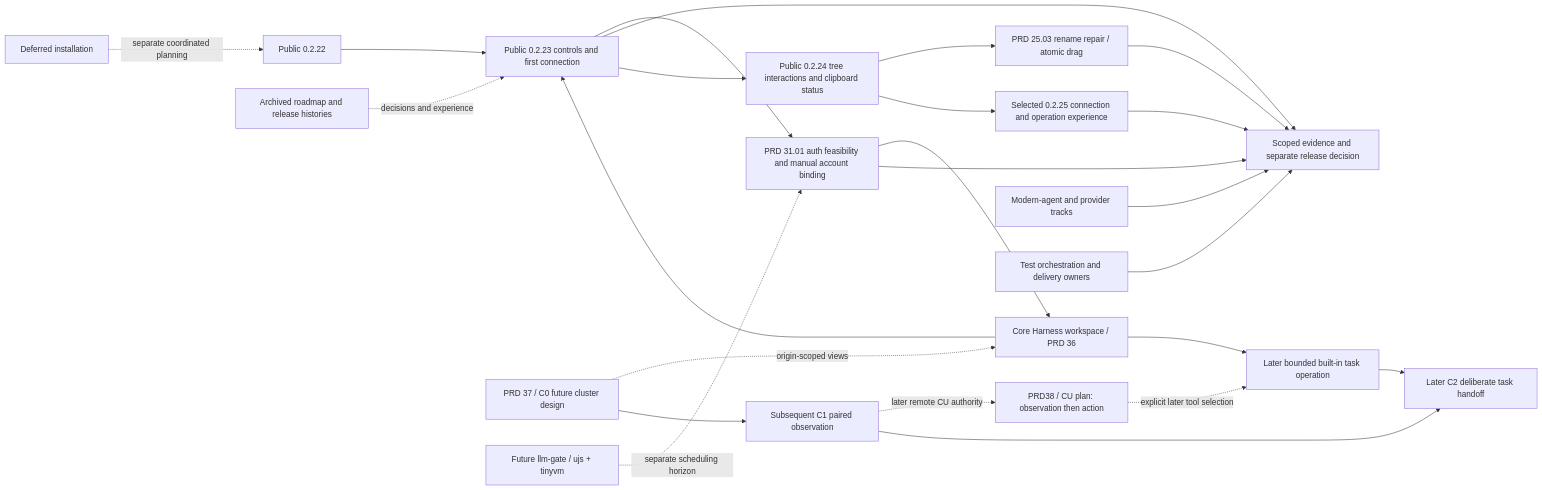
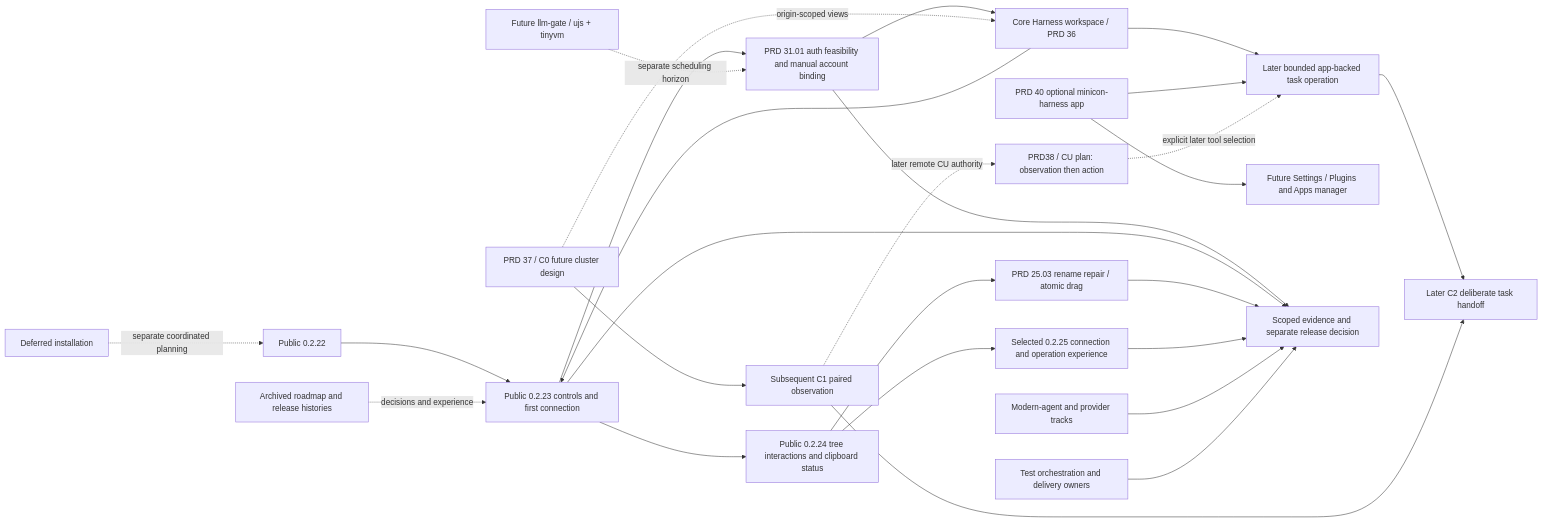
The diagram in plan/plan-v0.2.x-product-roadmap.md (partnernetsoftware/minicon), drawn with Mermaid before and after one commit. The commit also changed other lines of this file and 10 other files, not shown here.

Commit message:
Plan optional minicon-harness app extraction

````diff
--- a/plan/plan-v0.2.x-product-roadmap.md
+++ b/plan/plan-v0.2.x-product-roadmap.md
@@ -39,26 +43,28 @@
 ```mermaid
 flowchart LR
     B[Public 0.2.22] --> P[Public 0.2.23 controls and first connection]
     P --> A[PRD 31.01 auth feasibility and manual account binding]
     V[Core Harness workspace / PRD 36] --> P
     A --> V
-    V --> L[Later bounded built-in task operation]
+    V --> L[Later bounded app-backed task operation]
+    APP[PRD 40 optional minicon-harness app] --> L
+    APP --> SET[Future Settings / Plugins and Apps manager]
     CL[PRD 37 / C0 future cluster design] -. origin-scoped views .-> V
     CL --> CP[Subsequent C1 paired observation]
     CU[PRD38 / CU plan: observation then action] -. explicit later tool selection .-> L
     CP -. later remote CU authority .-> CU
     L --> CT[Later C2 deliberate task handoff]
     CP --> CT
     A --> Q
     F[Future llm-gate / ujs + tinyvm] -. separate scheduling horizon .-> A
     P --> Q[Scoped evidence and separate release decision]
     P --> NEXT[Public 0.2.24 tree interactions and clipboard status]
     NEXT --> TREE[PRD 25.03 rename repair / atomic drag]
     TREE --> Q
     NEXT --> V25[Selected 0.2.25 connection and operation experience]
     V25 --> Q
     T[Modern-agent and provider tracks] --> Q
     O[Test orchestration and delivery owners] --> Q
     H[Archived roadmap and release histories] -. decisions and experience .-> P
     I[Deferred installation] -. separate coordinated planning .-> B
 ```
````
